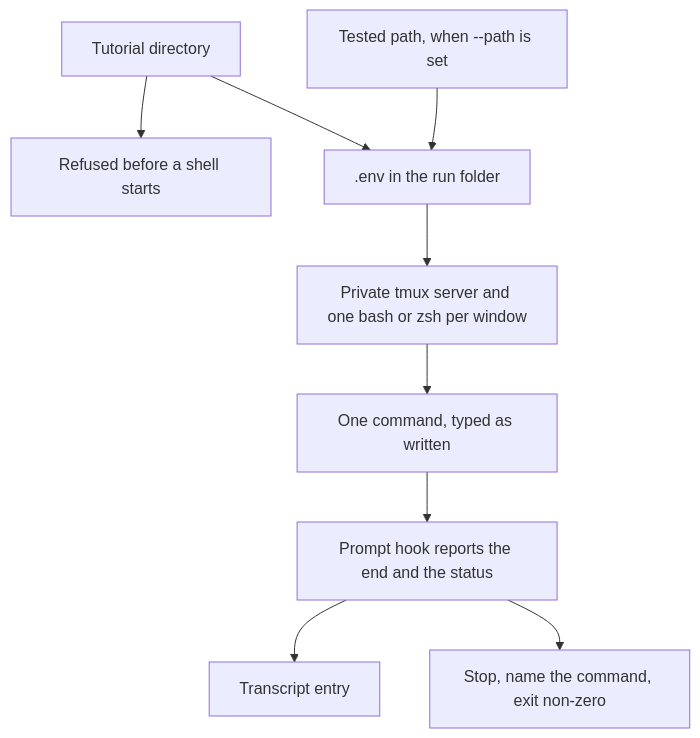
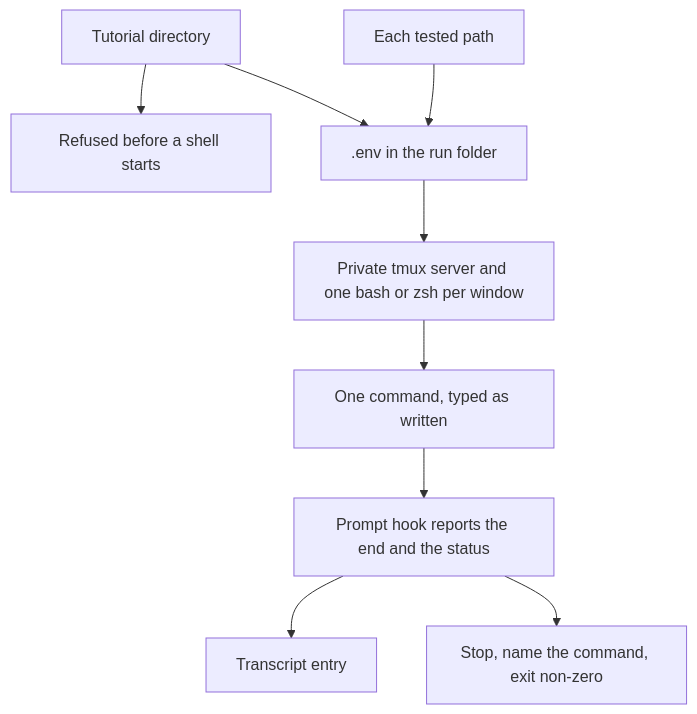
The diagram in docs/play.md (lambdasistemi/tutorial-stepper), drawn with Mermaid before and after one commit. The commit also changed other lines of this file and 9 other files, not shown here.

Commit message:
feat: play every tested path from a clean run folder

````diff
--- a/docs/play.md
+++ b/docs/play.md
@@ -9,20 +9,20 @@
 ```mermaid
 flowchart TD
   directory["Tutorial directory"]
-  path["Tested path, when --path is set"]
+  path["Each tested path"]
   refuse["Refused before a shell starts"]
   env[".env in the run folder"]
   server["Private tmux server and one bash or zsh per window"]
   command["One command, typed as written"]
   hook["Prompt hook reports the end and the status"]
   transcript["Transcript entry"]
   stop["Stop, name the command, exit non-zero"]
   directory --> refuse
   directory --> env
   path --> env
   env --> server
   server --> command
   command --> hook
   hook --> transcript
   hook --> stop
 ```
````
